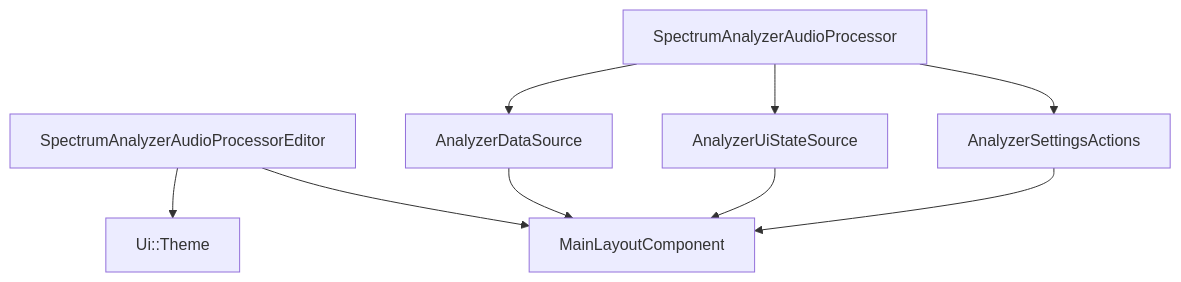
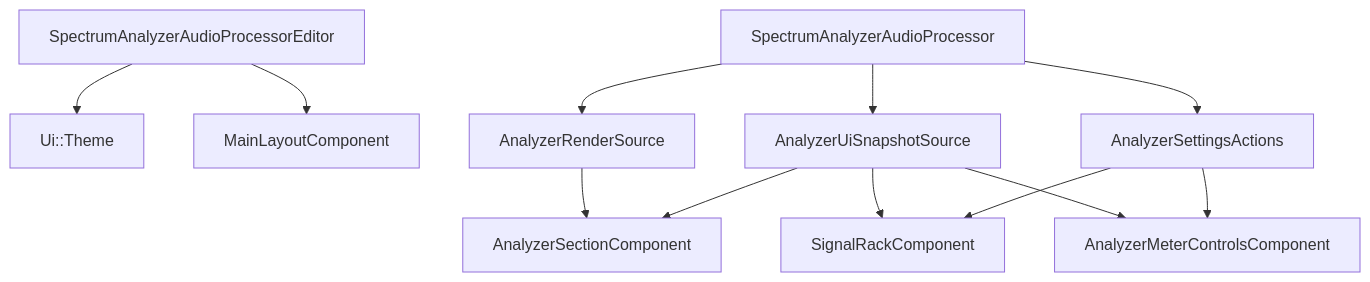
The first of 2 diagrams in docs/ui-architecture.md (Silenterc/Band-Spectrum-Analyzer), drawn with Mermaid before and after one commit. The commit also changed other lines of this file and 55 other files, not shown here.

````diff
--- a/docs/ui-architecture.md
+++ b/docs/ui-architecture.md
@@ -7,11 +11,16 @@
 ```mermaid
 flowchart TD
     Editor[SpectrumAnalyzerAudioProcessorEditor] --> Theme[Ui::Theme]
     Editor --> Layout[MainLayoutComponent]
-    Processor[SpectrumAnalyzerAudioProcessor] --> DataSource[AnalyzerDataSource]
-    Processor --> UiState[AnalyzerUiStateSource]
-    Processor --> Settings[AnalyzerSettingsActions]
-    DataSource --> Layout
-    UiState --> Layout
-    Settings --> Layout
+
+    Processor[SpectrumAnalyzerAudioProcessor] --> Render[AnalyzerRenderSource]
+    Processor --> Snapshot[AnalyzerUiSnapshotSource]
+    Processor --> Actions[AnalyzerSettingsActions]
+
+    Render --> AnalyzerSection[AnalyzerSectionComponent]
+    Snapshot --> AnalyzerSection
+    Snapshot --> Rack[SignalRackComponent]
+    Snapshot --> Strip[AnalyzerMeterControlsComponent]
+    Actions --> Rack
+    Actions --> Strip
 ```
````
